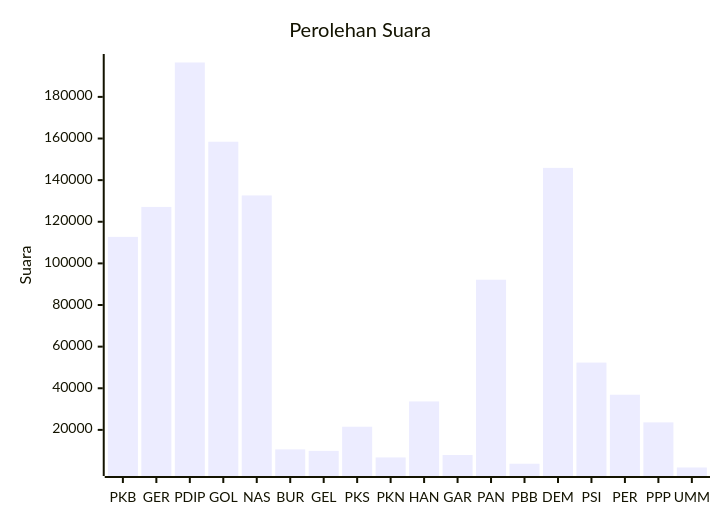
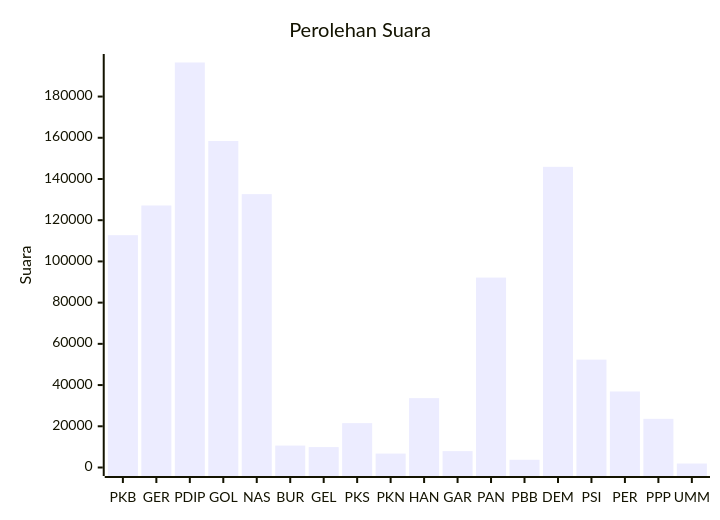
The diagram in pileg-dpr/hitung-suara/sub/table-wilayah-53.md (gigit-pemilu/pemilu-2024), drawn with Mermaid before and after one commit. The commit also changed 57 other files, not shown here.

````diff
--- a/pileg-dpr/hitung-suara/sub/table-wilayah-53.md
+++ b/pileg-dpr/hitung-suara/sub/table-wilayah-53.md
@@ -7,7 +7,7 @@
 ```mermaid
 xychart-beta
     title "Perolehan Suara"
     x-axis [PKB, GER, PDIP, GOL, NAS, BUR, GEL, PKS, PKN, HAN, GAR, PAN, PBB, DEM, PSI, PER, PPP, UMM]
-    y-axis "Suara"
+    y-axis "Suara" 0 --> 196522
     bar [112741, 127136, 196522, 158452, 132647, 10629, 9901, 21522, 6758, 33667, 7949, 92153, 3741, 145886, 52334, 36893, 23612, 1927]
 ```
````
